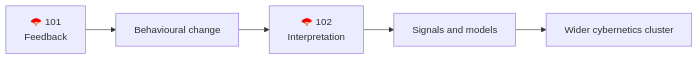
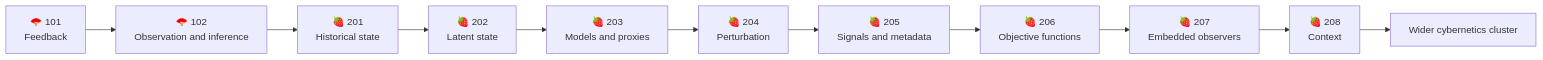
Before and after one commit to josefsbreakfast/Polaris-Protocol: the diagram in 🌑_1_Origin_Points/🪿_Embodied_Information_Ecology/♻️_Cybernetics/🧬_Start_Here/README.md, drawn with Mermaid. The commit also changed other lines of this file, not shown here.

````diff
--- a/🌑_1_Origin_Points/🪿_Embodied_Information_Ecology/♻️_Cybernetics/🧬_Start_Here/README.md
+++ b/🌑_1_Origin_Points/🪿_Embodied_Information_Ecology/♻️_Cybernetics/🧬_Start_Here/README.md
@@ -134,8 +406,14 @@
-``` mermaid
+```mermaid
 flowchart LR
     A[🪭 101<br/>Feedback]
-    --> B[Behavioural change]
-    --> C[🪭 102<br/>Interpretation]
-    --> D[Signals and models]
-    --> E[Wider cybernetics cluster]
+    --> B[🪭 102<br/>Observation and inference]
+    --> C[🍓 201<br/>Historical state]
+    --> D[🍓 202<br/>Latent state]
+    --> E[🍓 203<br/>Models and proxies]
+    --> F[🍓 204<br/>Perturbation]
+    --> G[🍓 205<br/>Signals and metadata]
+    --> H[🍓 206<br/>Objective functions]
+    --> I[🍓 207<br/>Embedded observers]
+    --> J[🍓 208<br/>Context]
+    --> K[Wider cybernetics cluster]
 ```
````
